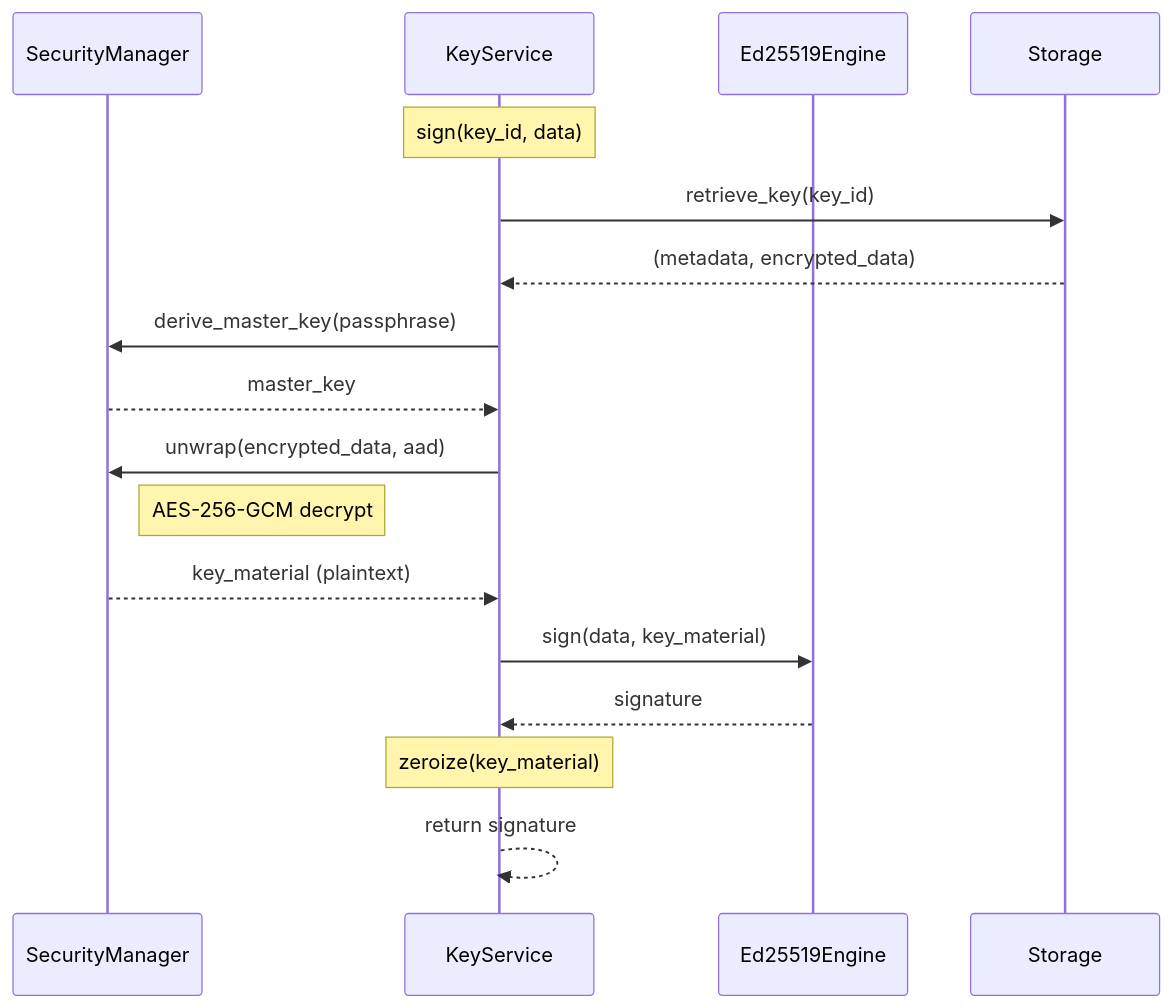
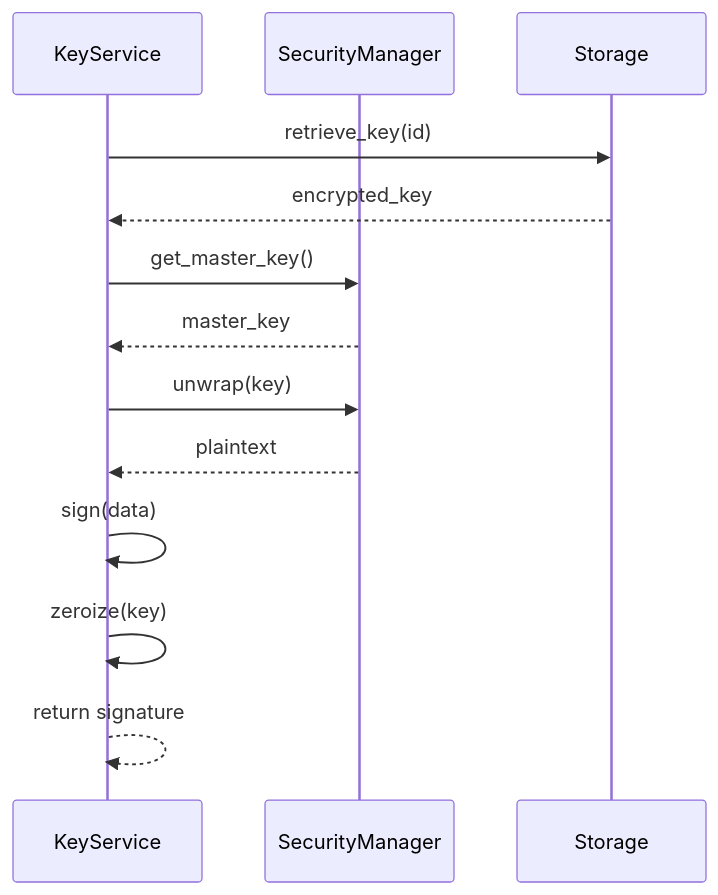
Before and after one commit to ehanoc/softKMS: the sixth of 10 diagrams in docs/SECURITY_MODEL.md, drawn with Mermaid. The commit also changed other lines of this file and 8 other files, not shown here.

````diff
--- a/docs/SECURITY_MODEL.md
+++ b/docs/SECURITY_MODEL.md
@@ -192,26 +156,20 @@
 ```mermaid
 sequenceDiagram
+    participant K as KeyService
     participant S as SecurityManager
-    participant K as KeyService
-    participant E as Ed25519Engine
     participant St as Storage
     
-    Note over K: sign(key_id, data)
+    K->>St: retrieve_key(id)
+    St-->>K: encrypted_key
     
-    K->>St: retrieve_key(key_id)
-    St-->>K: (metadata, encrypted_data)
-    
-    K->>S: derive_master_key(passphrase)
+    K->>S: get_master_key()
     S-->>K: master_key
     
-    K->>S: unwrap(encrypted_data, aad)
-    Note right of S: AES-256-GCM decrypt
-    S-->>K: key_material (plaintext)
+    K->>S: unwrap(key)
+    S-->>K: plaintext
     
-    K->>E: sign(data, key_material)
-    E-->>K: signature
-    
-    Note over K: zeroize(key_material)
+    K->>K: sign(data)
+    K->>K: zeroize(key)
     
     K-->>K: return signature
 ```
````
